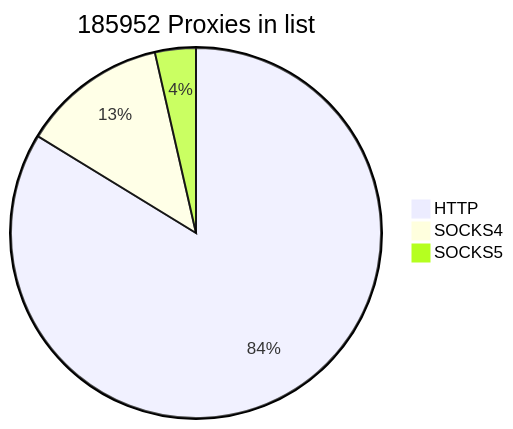
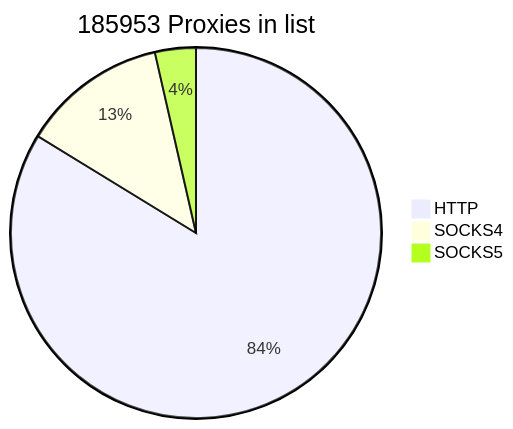
Before and after one commit to cutipu/proxylist: the first of 2 diagrams in README.md, drawn with Mermaid. The commit also changed other lines of this file, not shown here.

````diff
--- a/README.md
+++ b/README.md
@@ -2,7 +2,7 @@
 ```mermaid
-pie title 185952 Proxies in list
+pie title 185953 Proxies in list
     "HTTP" : 155721
     "SOCKS4" : 23599
-    "SOCKS5" : 6632
+    "SOCKS5" : 6633
             
 ```
````
